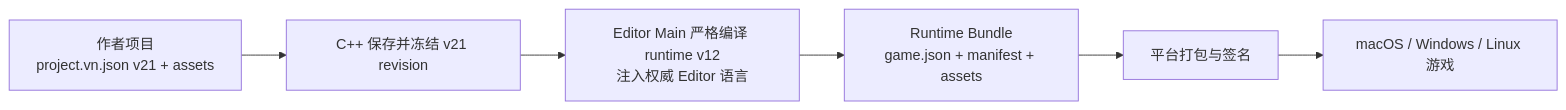
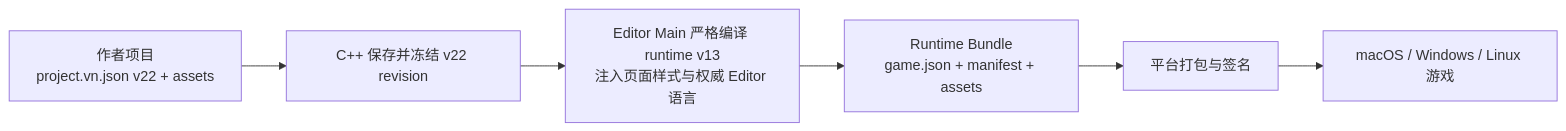
Before and after one commit to DarkboyRyan/Scratch-Novel-Engine: the first of 3 diagrams in docs/game-export-player.md, drawn with Mermaid. The commit also changed other lines of this file and 166 other files, not shown here.

````diff
--- a/docs/game-export-player.md
+++ b/docs/game-export-player.md
@@ -178,11 +179,11 @@
 ```mermaid
 flowchart LR
-  AUTHOR["作者项目<br/>project.vn.json v21 + assets"]
-  SAVE["C++ 保存并冻结 v21 revision"]
-  COMPILE["Editor Main 严格编译 runtime v12<br/>注入权威 Editor 语言"]
+  AUTHOR["作者项目<br/>project.vn.json v22 + assets"]
+  SAVE["C++ 保存并冻结 v22 revision"]
+  COMPILE["Editor Main 严格编译 runtime v13<br/>注入页面样式与权威 Editor 语言"]
   BUNDLE["Runtime Bundle<br/>game.json + manifest + assets"]
   PACKAGE["平台打包与签名"]
   APP["macOS / Windows / Linux 游戏"]
 
   AUTHOR --> SAVE --> COMPILE --> BUNDLE --> PACKAGE --> APP
 ```
````
